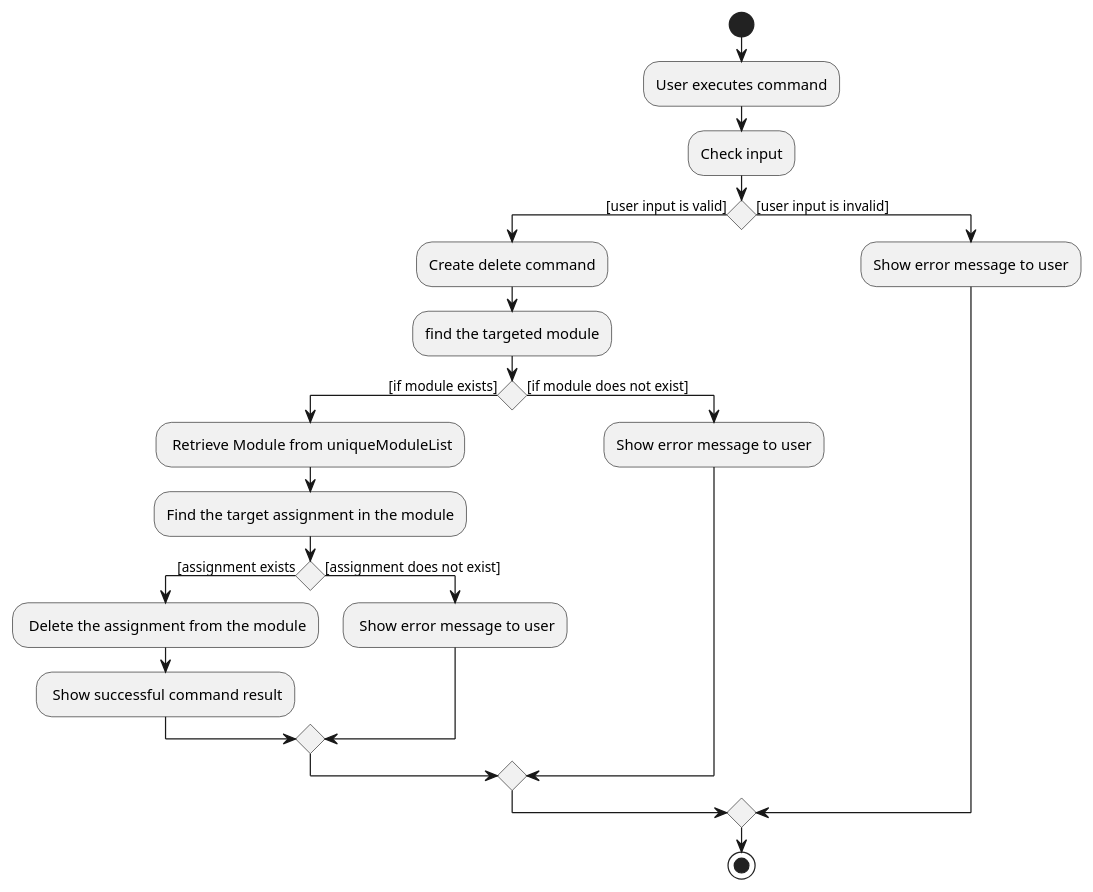
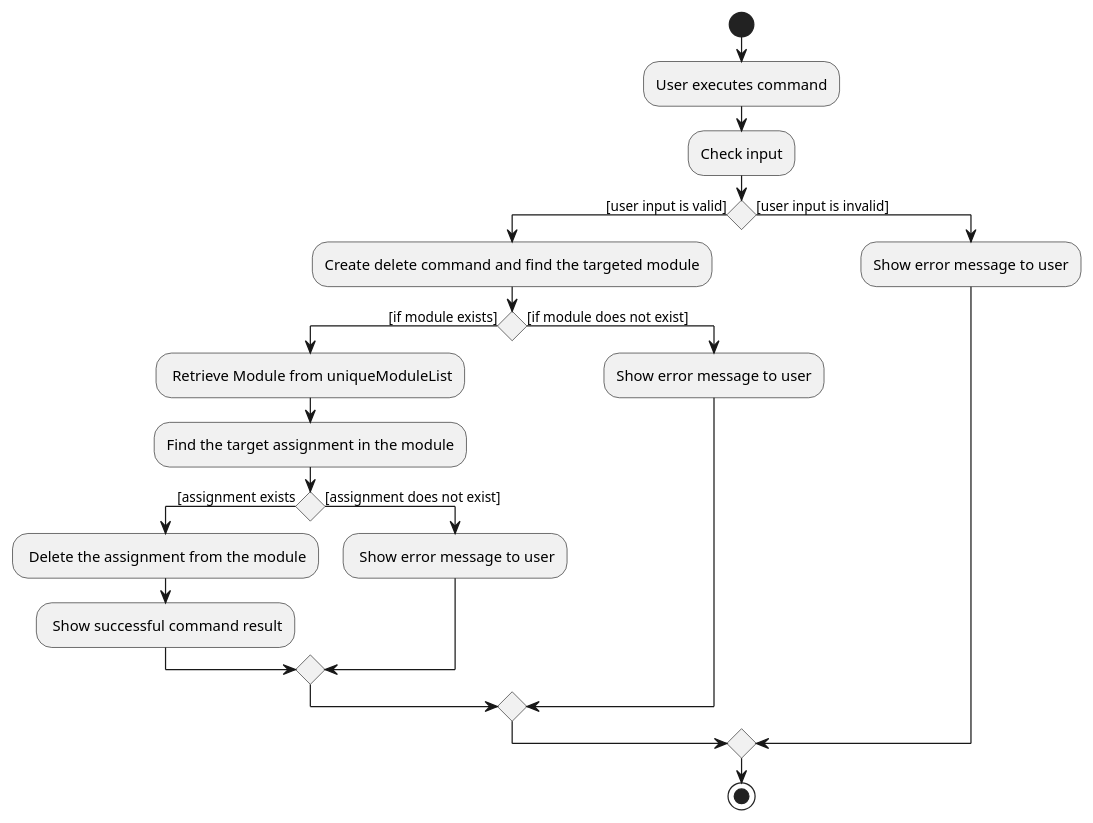
One commit to nus-cs2103-AY2021S2/tp changed the diagram in docs/diagrams/DeleteFeatureActivityDiagram.puml. Above: the diagram before and after it, drawn with PlantUML. The commit also changed 3 other files, not shown here.

```diff
--- a/docs/diagrams/DeleteFeatureActivityDiagram.puml
+++ b/docs/diagrams/DeleteFeatureActivityDiagram.puml
@@ -2,24 +2,23 @@
 @startuml
 start
 :User executes command;
 :Check input;
 if() then ([user input is valid])
-    :Create delete command;
-    :find the targeted module;
+    :Create delete command and find the targeted module;
     if() then ([if module exists])
         : Retrieve Module from uniqueModuleList;
         :Find the target assignment in the module;
         if() then ([assignment exists)
                 : Delete the assignment from the module;
                 : Show successful command result;
         else([assignment does not exist])
             : Show error message to user;
         endif
     else([if module does not exist])
         :Show error message to user;
     endif
 else([user input is invalid])
     :Show error message to user;
 endif
 stop
 @enduml
```
